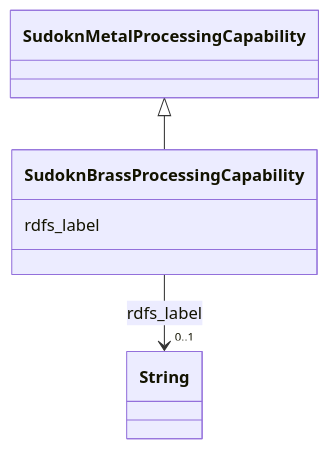
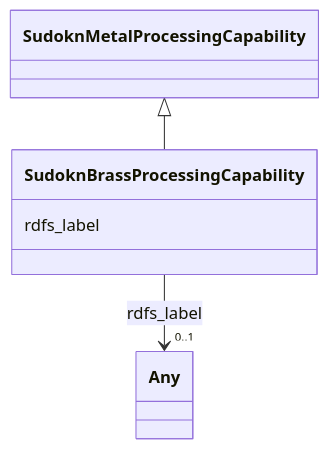
Before and after one commit to frink-okn/graph-descriptions: the diagram in sudokn-kg/classes/SudoknBrassProcessingCapability.md, drawn with Mermaid. The commit also changed other lines of this file and 903 other files, not shown here.

````diff
--- a/sudokn-kg/classes/SudoknBrassProcessingCapability.md
+++ b/sudokn-kg/classes/SudoknBrassProcessingCapability.md
@@ -23,18 +18,18 @@
 ```mermaid
  classDiagram
     class SudoknBrassProcessingCapability
     click SudoknBrassProcessingCapability href "../SudoknBrassProcessingCapability"
       SudoknMetalProcessingCapability <|-- SudoknBrassProcessingCapability
         click SudoknMetalProcessingCapability href "../SudoknMetalProcessingCapability"
       
       SudoknBrassProcessingCapability : rdfs_label
         
           
     
     
-    SudoknBrassProcessingCapability --> "0..1" String : rdfs_label
-    click String href "../String"
+    SudoknBrassProcessingCapability --> "0..1" Any : rdfs_label
+    click Any href "../Any"
 
         
       
 ```
````
